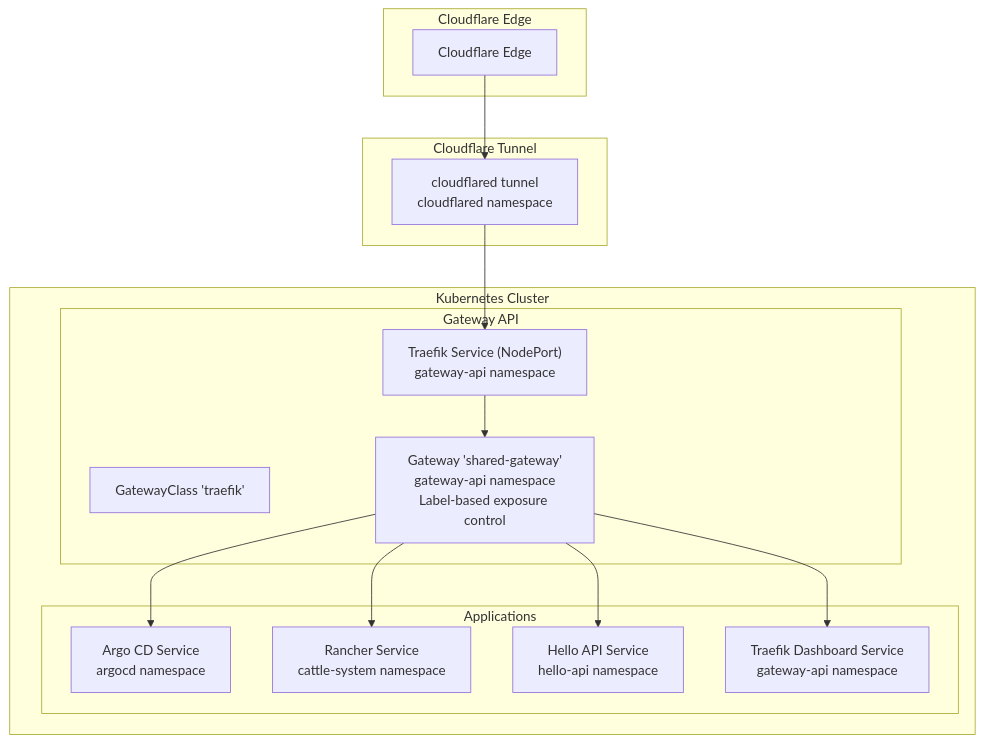
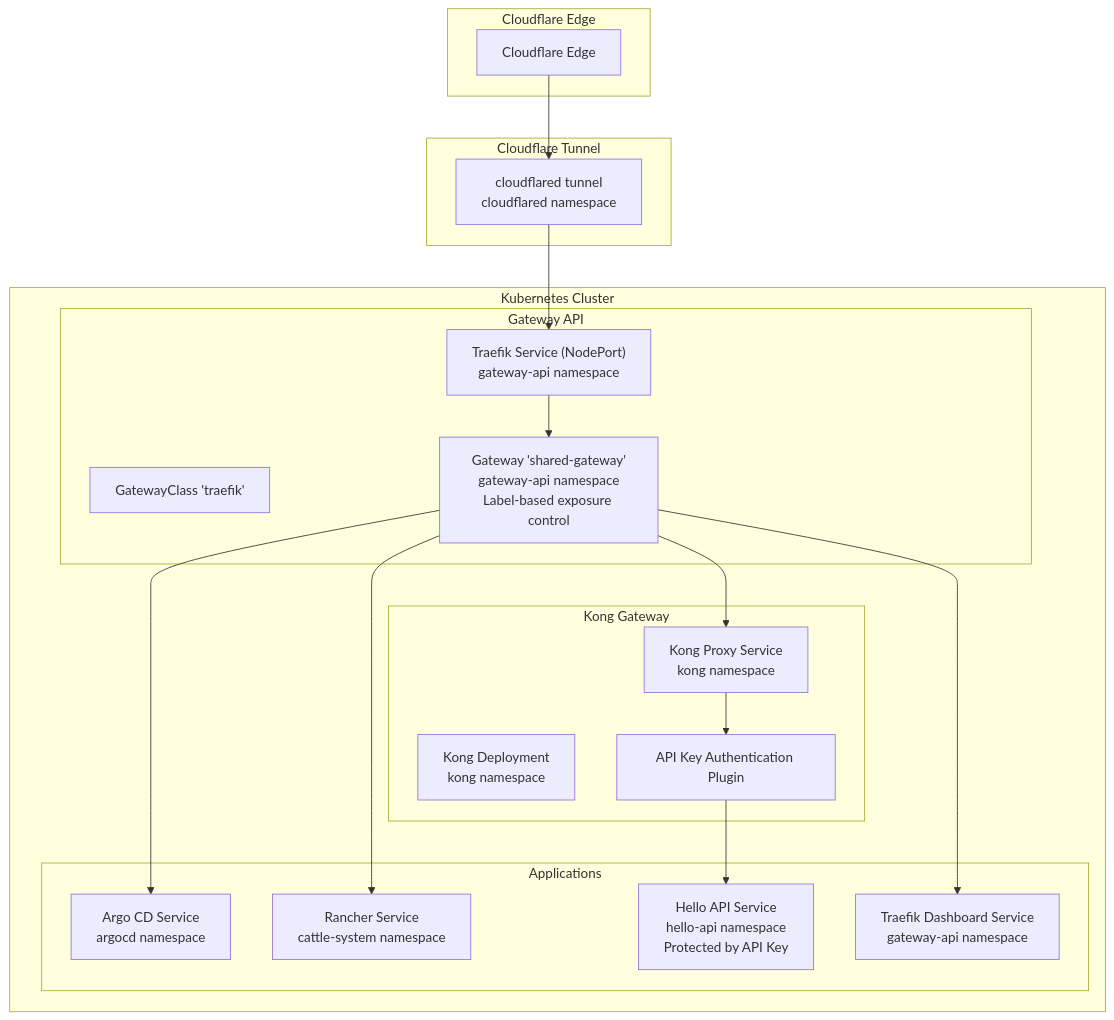
One commit to Hoangvu75/k8s_manifest changed the first of 3 diagrams in .qoder/repowiki/en/content/Architecture and Design/Network Flow and Ingress Architecture.md. Above: the diagram before and after it, drawn with Mermaid. The commit also changed other lines of this file and 2 other files, not shown here.

Commit message:
docs: add Kong Gateway guide + update README and network flow

````diff
--- a/.qoder/repowiki/en/content/Architecture and Design/Network Flow and Ingress Architecture.md
+++ b/.qoder/repowiki/en/content/Architecture and Design/Network Flow and Ingress Architecture.md
@@ -51,29 +57,36 @@
 ```mermaid
 graph TB
 subgraph "Cloudflare Edge"
 CF["Cloudflare Edge"]
 end
 subgraph "Cloudflare Tunnel"
 CF_TUNNEL["cloudflared tunnel<br/>cloudflared namespace"]
 end
 subgraph "Kubernetes Cluster"
 subgraph "Gateway API"
 GWCLASS["GatewayClass 'traefik'"]
 GATEWAY["Gateway 'shared-gateway'<br/>gateway-api namespace<br/>Label-based exposure control"]
 TRAEFIK_SVC["Traefik Service (NodePort)<br/>gateway-api namespace"]
 end
+subgraph "Kong Gateway"
+KONG_DEPLOY["Kong Deployment<br/>kong namespace"]
+KONG_PROXY["Kong Proxy Service<br/>kong namespace"]
+KONG_PLUGIN["API Key Authentication Plugin"]
+end
 subgraph "Applications"
 ARGOCD["Argo CD Service<br/>argocd namespace"]
 RANCHER["Rancher Service<br/>cattle-system namespace"]
-HELLOAPI["Hello API Service<br/>hello-api namespace"]
+HELLOAPI["Hello API Service<br/>hello-api namespace<br/>Protected by API Key"]
 DASHBOARD["Traefik Dashboard Service<br/>gateway-api namespace"]
 end
 end
 CF --> CF_TUNNEL
 CF_TUNNEL --> TRAEFIK_SVC
 TRAEFIK_SVC --> GATEWAY
+GATEWAY --> KONG_PROXY
+KONG_PROXY --> KONG_PLUGIN
+KONG_PLUGIN --> HELLOAPI
 GATEWAY --> ARGOCD
 GATEWAY --> RANCHER
-GATEWAY --> HELLOAPI
 GATEWAY --> DASHBOARD
 ```
````
